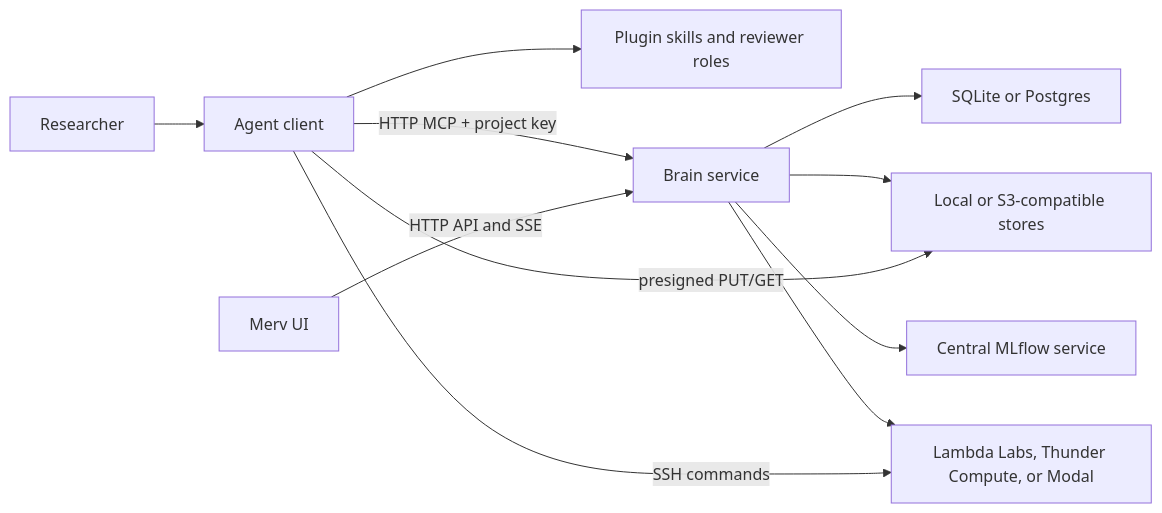
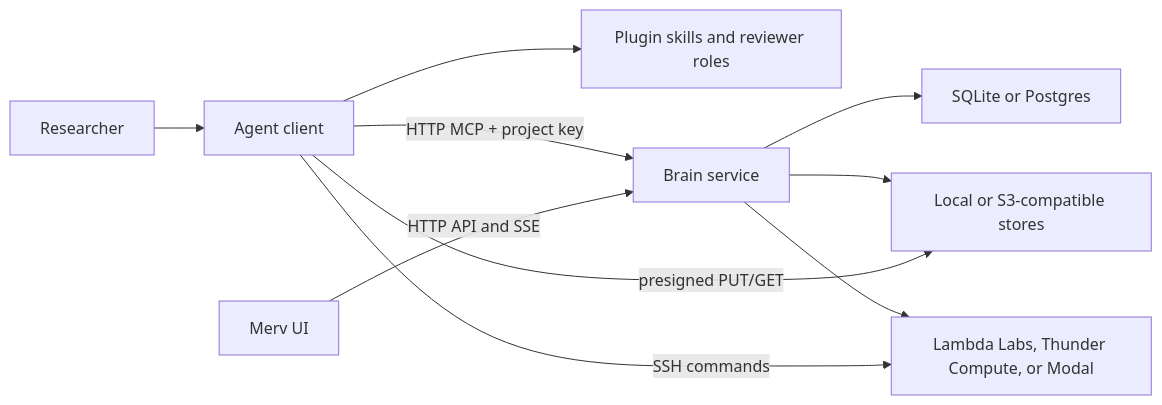
The diagram in merv/docs/ARCHITECTURE.md (NGXT-Inc/Merv), drawn with Mermaid before and after one commit. The commit also changed other lines of this file and 77 other files, not shown here.

````diff
--- a/merv/docs/ARCHITECTURE.md
+++ b/merv/docs/ARCHITECTURE.md
@@ -30,13 +30,12 @@
 ```mermaid
 flowchart LR
   User["Researcher"] --> Client["Agent client"]
   Client --> Skills["Plugin skills and reviewer roles"]
   Client -->|HTTP MCP + project key| Brain["Brain service"]
   Browser["Merv UI"] -->|HTTP API and SSE| Brain
   Brain --> State["SQLite or Postgres"]
   Brain --> Blobs["Local or S3-compatible stores"]
-  Brain --> MLflow["Central MLflow service"]
   Brain --> Providers["Lambda Labs, Thunder Compute, or Modal"]
   Client -->|SSH commands| Providers
   Client -->|presigned PUT/GET| Blobs
 ```
````
